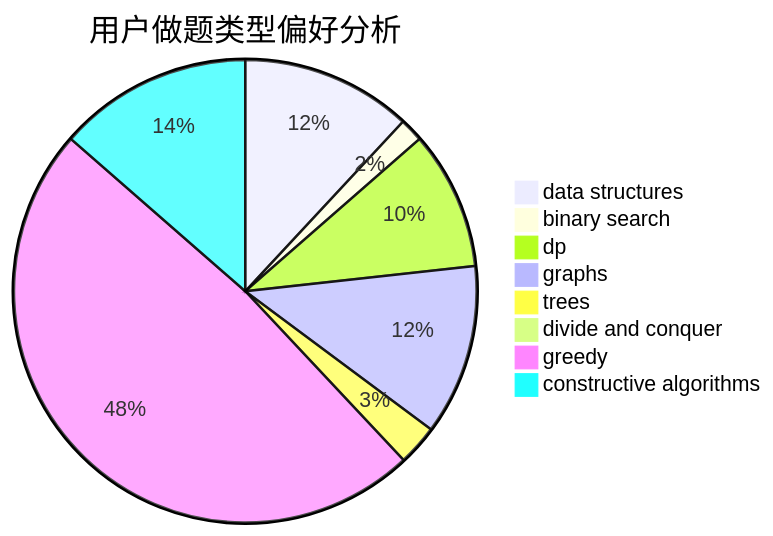
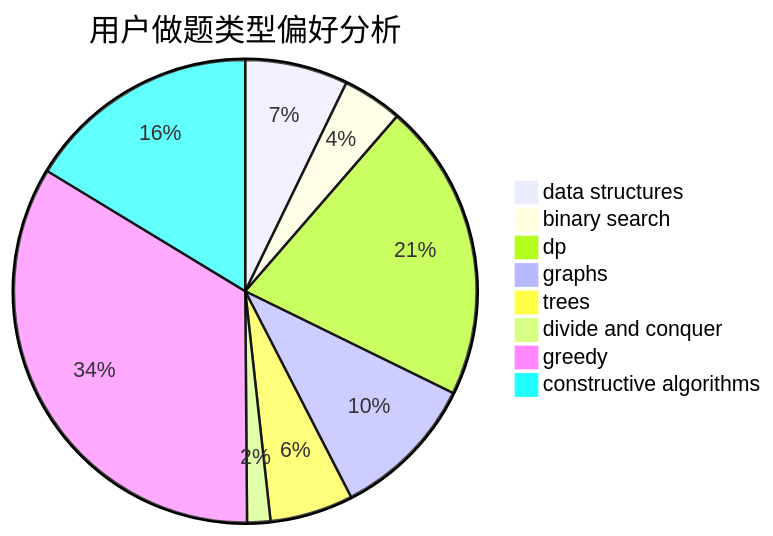
Before and after one commit to sherpahu/cfrs.github.io: the second of 3 diagrams in docs/user/u1413.md, drawn with Mermaid. The commit also changed other lines of this file and 2770 other files, not shown here.

````diff
--- a/docs/user/u1413.md
+++ b/docs/user/u1413.md
@@ -23,11 +23,11 @@
 ```mermaid
 pie title 用户做题类型偏好分析
-    "data structures" :  181
-    "binary search" :  25
-    "dp" :  147
-    "graphs" :  181
-    "trees" :  43
-    "divide and conquer" :  5
-    "greedy" :  735
-    "constructive algorithms" :  206
+    "data structures" :  115
+    "binary search" :  67
+    "dp" :  334
+    "graphs" :  163
+    "trees" :  93
+    "divide and conquer" :  26
+    "greedy" :  541
+    "constructive algorithms" :  261
 ```
````
